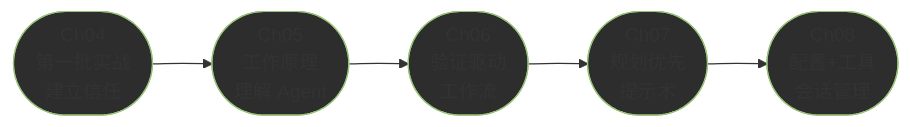
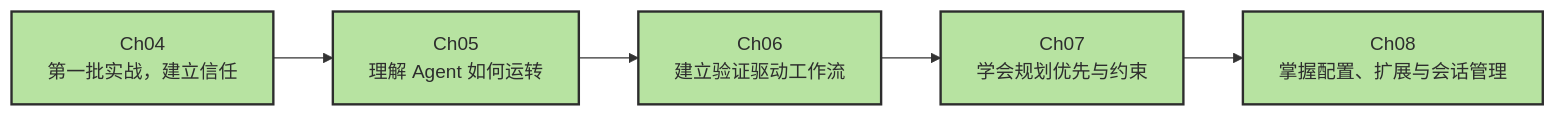
Before and after one commit to zht043/AgenticCodingTutorial: the sixth of 6 diagrams in docs/chapters/ch08-config-session.md, drawn with Mermaid. The commit also changed other lines of this file and 69 other files, not shown here.

Commit message:
optimize docs and add mermaid validation

````diff
--- a/docs/chapters/ch08-config-session.md
+++ b/docs/chapters/ch08-config-session.md
@@ -646,12 +646,12 @@
 ```mermaid
 flowchart LR
-    classDef done fill:#2d2d2d,stroke:#98c379
+    classDef done fill:#b7e3a1,stroke:#2d2d2d,stroke-width:2px,color:#2d2d2d
 
-    C4(["Ch04<br/>第一批实战<br/>建立信任"]):::done
-    C5(["Ch05<br/>工作原理<br/>理解 Agent"]):::done
-    C6(["Ch06<br/>验证驱动<br/>工作流"]):::done
-    C7(["Ch07<br/>规划优先<br/>提示术"]):::done
-    C8(["Ch08<br/>配置+工具<br/>会话管理"]):::done
+    C4["Ch04<br/>第一批实战，建立信任"]:::done
+    C5["Ch05<br/>理解 Agent 如何运转"]:::done
+    C6["Ch06<br/>建立验证驱动工作流"]:::done
+    C7["Ch07<br/>学会规划优先与约束"]:::done
+    C8["Ch08<br/>掌握配置、扩展与会话管理"]:::done
 
     C4 --> C5 --> C6 --> C7 --> C8
 ```
````
